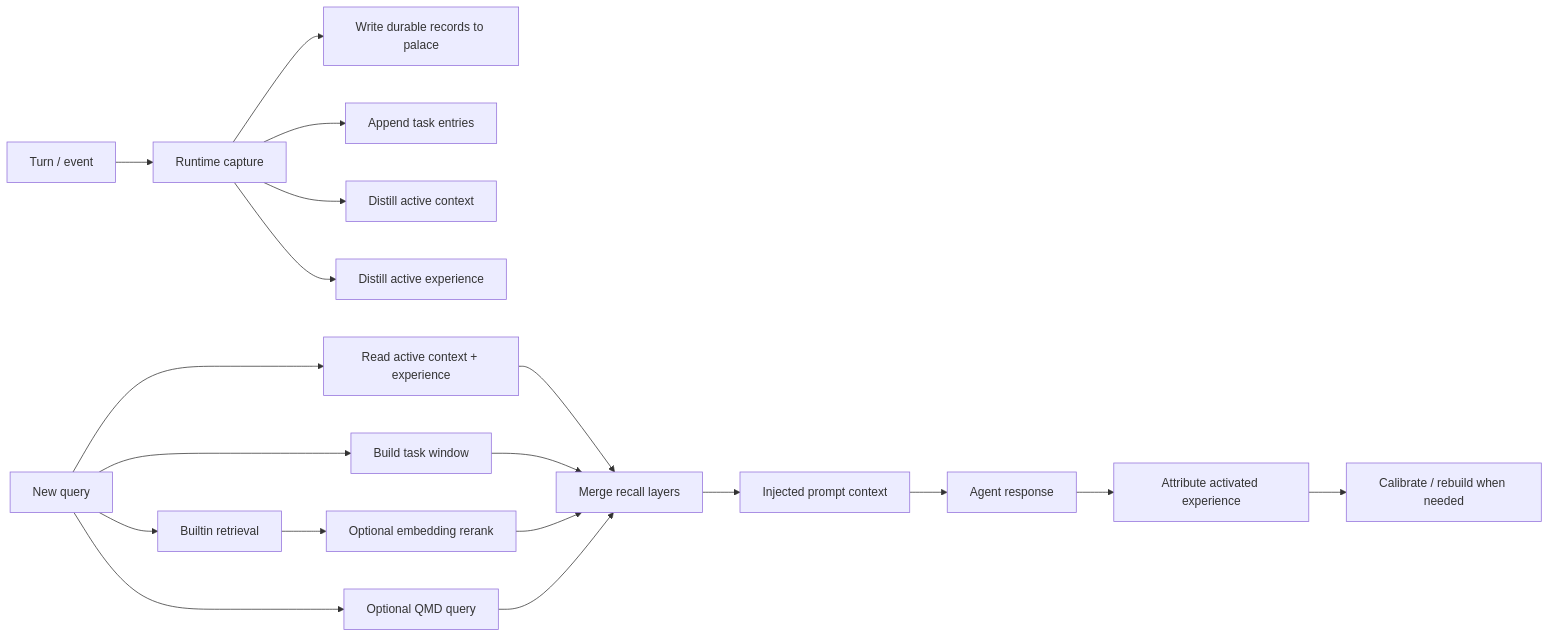
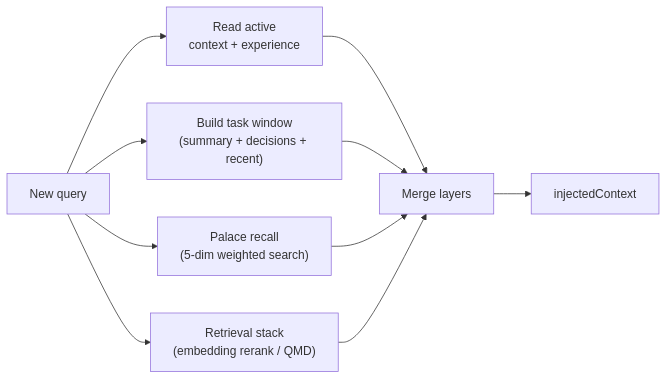
The first of 2 diagrams in README.md (daisyluvr42/marvmem), drawn with Mermaid before and after one commit. The commit also changed other lines of this file, not shown here.

````diff
--- a/README.md
+++ b/README.md
@@ -149,24 +136,13 @@
 ```mermaid
 flowchart LR
-  Turn["Turn / event"] --> Capture["Runtime capture"]
-  Capture --> PalaceWrite["Write durable records to palace"]
-  Capture --> TaskAppend["Append task entries"]
-  Capture --> ContextDistill["Distill active context"]
-  Capture --> ExperienceDistill["Distill active experience"]
+  Query["New query"] --> Active["Read active\ncontext + experience"]
+  Query --> Task["Build task window\n(summary + decisions + recent)"]
+  Query --> Palace["Palace recall\n(5-dim weighted search)"]
+  Query --> Retrieval["Retrieval stack\n(embedding rerank / QMD)"]
 
-  Query["New query"] --> ActiveRead["Read active context + experience"]
-  Query --> TaskWindow["Build task window"]
-  Query --> Builtin["Builtin retrieval"]
-  Builtin --> Rerank["Optional embedding rerank"]
-  Query --> QMD["Optional QMD query"]
-
-  ActiveRead --> Merge["Merge recall layers"]
-  TaskWindow --> Merge
-  Rerank --> Merge
-  QMD --> Merge
-  Merge --> Prompt["Injected prompt context"]
-
-  Prompt --> Response["Agent response"]
-  Response --> Attribution["Attribute activated experience"]
-  Attribution --> Calibration["Calibrate / rebuild when needed"]
+  Active --> Merge["Merge layers"]
+  Task --> Merge
+  Palace --> Merge
+  Retrieval --> Merge
+  Merge --> Prompt["injectedContext"]
 ```
````
